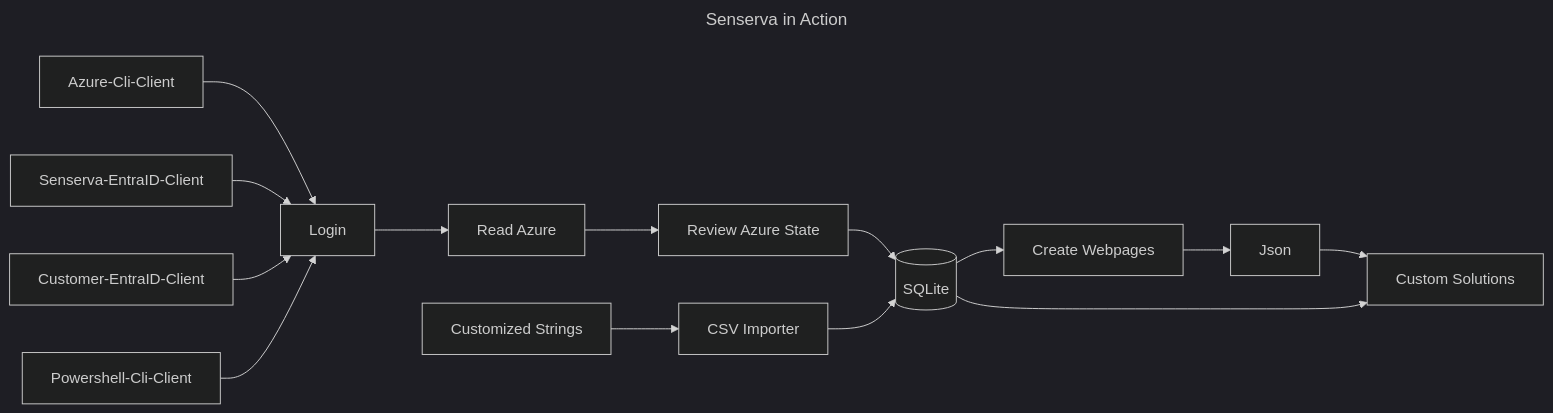
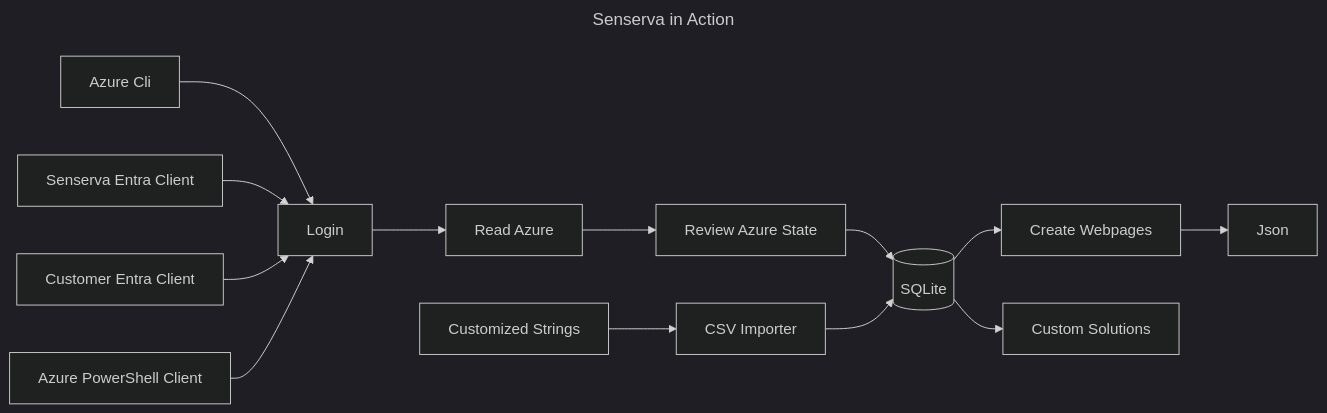
Before and after one commit to Senserva-LLC/Senserva-Inquisitor: the diagram in README.md, drawn with Mermaid (dark theme).

````diff
--- a/README.md
+++ b/README.md
@@ -28,18 +28,17 @@
 ```mermaid
 ---
 title: Senserva in Action
 ---
 
 
 graph LR;
     Login --> read-azure[Read Azure] --> Review-Azure-State[Review Azure State] --> Database[(SQLite)] --> Create-Webpages[Create Webpages];
-    Azure-Cli-Client-->Login;
-    Senserva-EntraID-Client-->Login;
-    Customer-EntraID-Client-->Login;
-    Powershell-Cli-Client -->Login;
+    Azure-Cli-Client[Azure Cli] -->Login;
+    Senserva-EntraID-Client[Senserva Entra Client] -->Login;
+    Customer-EntraID-Client[Customer Entra Client] -->Login;
+    Powershell-Cli-Client[Azure PowerShell Client] -->Login;
     User-Customized-Strings[Customized Strings] --> CSV-Importer[CSV Importer];
     CSV-Importer --> Database[(SQLite)]
     Create-Webpages --> Json;
-    Json --> Custom-Solutions;
     Database[(SQLite)] --> Custom-Solutions[Custom Solutions]
 ```
````
